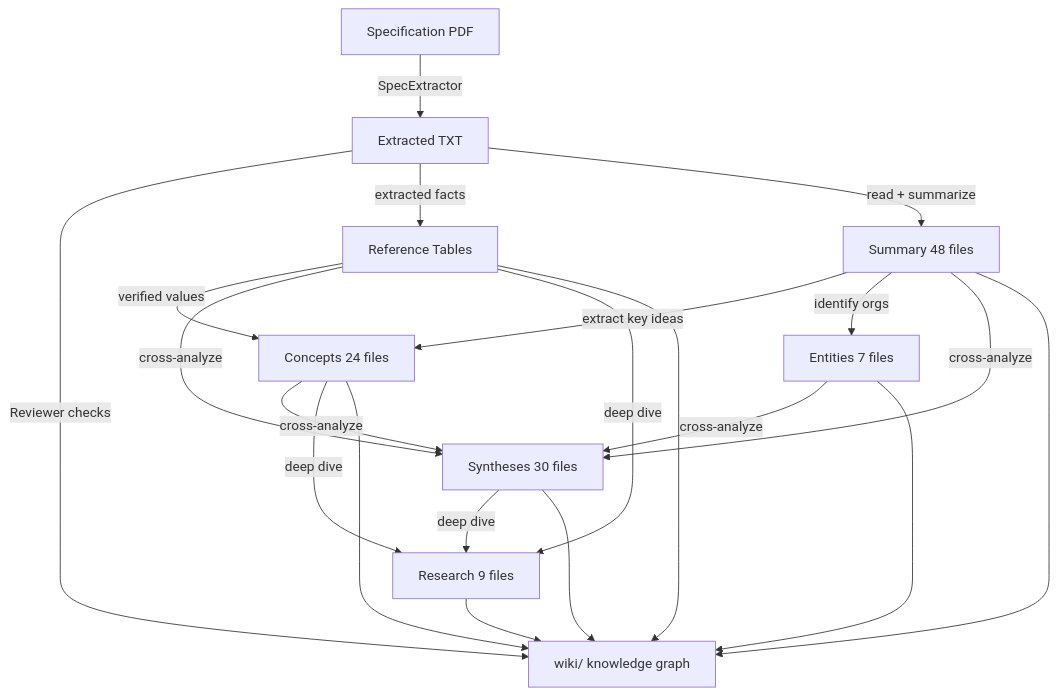
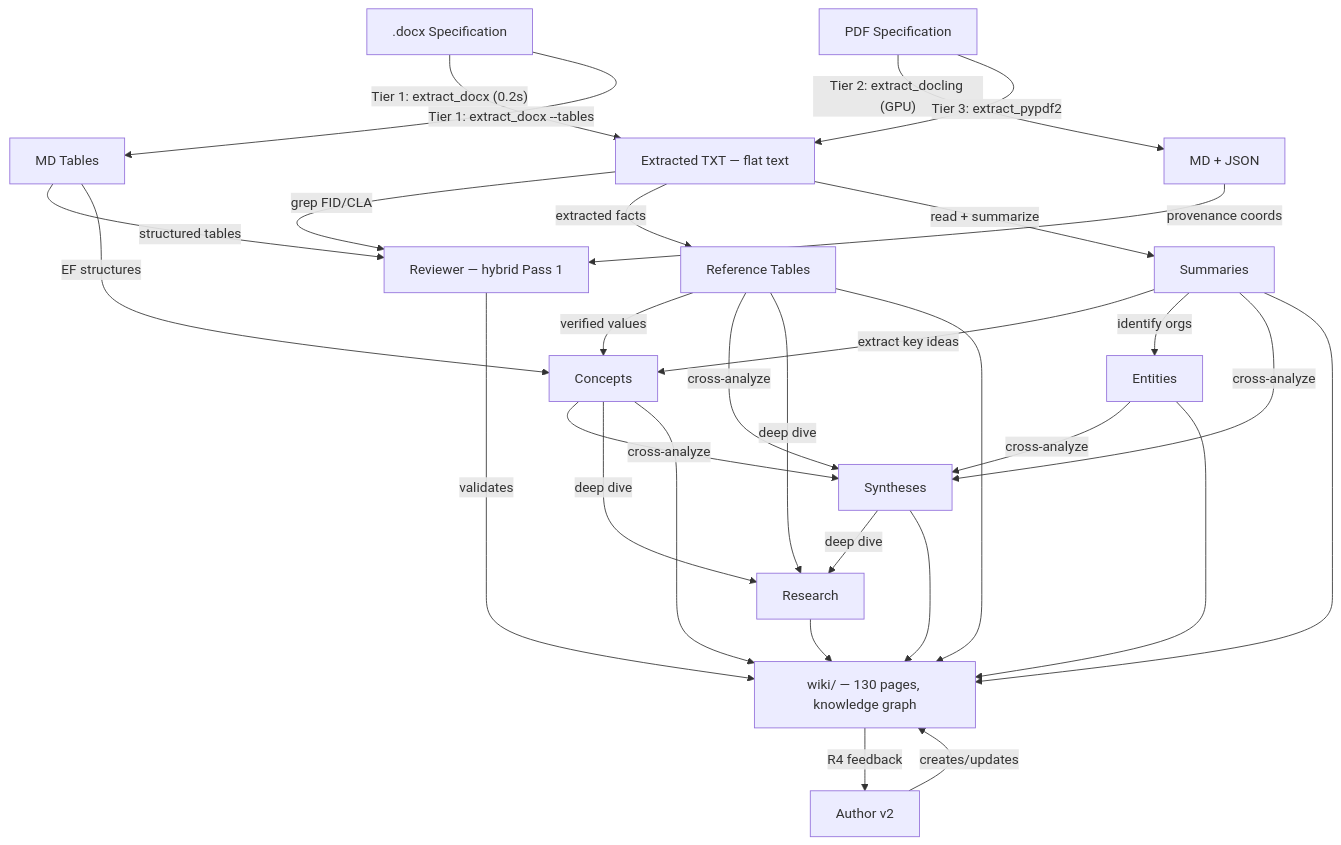
One commit to Say10Code/SpecKit changed the diagram in _tech/diagrams/knowledge-types.md. Above: the diagram before and after it, drawn with Mermaid. The commit also changed other lines of this file and 178 other files, not shown here.

````diff
--- a/_tech/diagrams/knowledge-types.md
+++ b/_tech/diagrams/knowledge-types.md
@@ -3,33 +3,45 @@
 ```mermaid
 graph TD
-    SPEC[Specification PDF]
-    
-    SPEC -->|SpecExtractor| TXT[Extracted TXT]
-    TXT -->|Reviewer checks| WIKI
-    
-    TXT -->|extracted facts| REFERENCE[Reference Tables]
-    TXT -->|read + summarize| SUMMARY[Summary 48 files]
-    
-    REFERENCE -->|verified values| CONCEPT
-    
-    SUMMARY -->|extract key ideas| CONCEPT[Concepts 24 files]
-    SUMMARY -->|identify orgs| ENTITY[Entities 7 files]
-    
-    CONCEPT -->|cross-analyze| SYNTHESIS[Syntheses 30 files]
-    ENTITY -->|cross-analyze| SYNTHESIS
-    REFERENCE -->|cross-analyze| SYNTHESIS
-    SUMMARY -->|cross-analyze| SYNTHESIS
-    
-    SYNTHESIS -->|deep dive| RESEARCH[Research 9 files]
-    CONCEPT -->|deep dive| RESEARCH
-    REFERENCE -->|deep dive| RESEARCH
-    
-    WIKI[wiki/ knowledge graph]
-    
+    DOCX[".docx Specification"]
+    PDF["PDF Specification"]
+
+    DOCX -->|"Tier 1: extract_docx (0.2s)"| TXT
+    DOCX -->|"Tier 1: extract_docx --tables"| MD_TABLES["MD Tables"]
+    PDF -->|"Tier 2: extract_docling (GPU)"| MD_JSON["MD + JSON"]
+    PDF -->|"Tier 3: extract_pypdf2"| TXT
+
+    TXT["Extracted TXT — flat text"]
+    MD_TABLES -->|"structured tables"| REVIEWER
+    MD_JSON -->|"provenance coords"| REVIEWER
+    TXT -->|"grep FID/CLA"| REVIEWER["Reviewer — hybrid Pass 1"]
+    REVIEWER -->|"validates"| WIKI
+
+    TXT -->|"extracted facts"| REFERENCE["Reference Tables"]
+    TXT -->|"read + summarize"| SUMMARY["Summaries"]
+    MD_TABLES -->|"EF structures"| CONCEPT
+
+    REFERENCE -->|"verified values"| CONCEPT
+    SUMMARY -->|"extract key ideas"| CONCEPT["Concepts"]
+    SUMMARY -->|"identify orgs"| ENTITY["Entities"]
+
+    CONCEPT -->|"cross-analyze"| SYNTHESIS["Syntheses"]
+    ENTITY -->|"cross-analyze"| SYNTHESIS
+    REFERENCE -->|"cross-analyze"| SYNTHESIS
+    SUMMARY -->|"cross-analyze"| SYNTHESIS
+
+    SYNTHESIS -->|"deep dive"| RESEARCH["Research"]
+    CONCEPT -->|"deep dive"| RESEARCH
+    REFERENCE -->|"deep dive"| RESEARCH
+
+    WIKI["wiki/ — 130 pages, knowledge graph"]
+
     RESEARCH --> WIKI
     SYNTHESIS --> WIKI
     CONCEPT --> WIKI
     ENTITY --> WIKI
     SUMMARY --> WIKI
     REFERENCE --> WIKI
+
+    WIKI -->|"R4 feedback"| AUTHOR["Author v2"]
+    AUTHOR -->|"creates/updates"| WIKI
 ```
````
